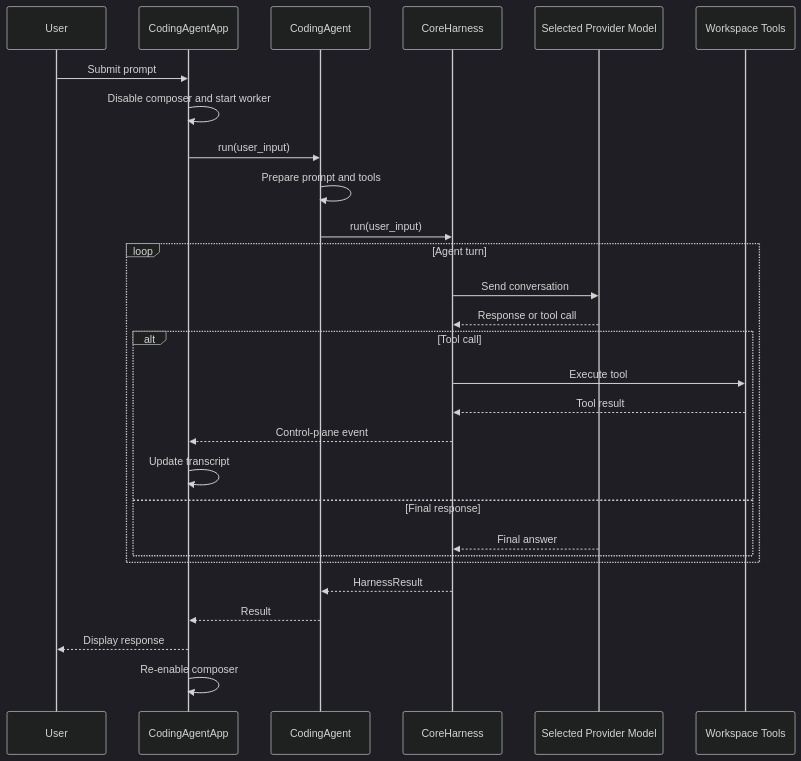
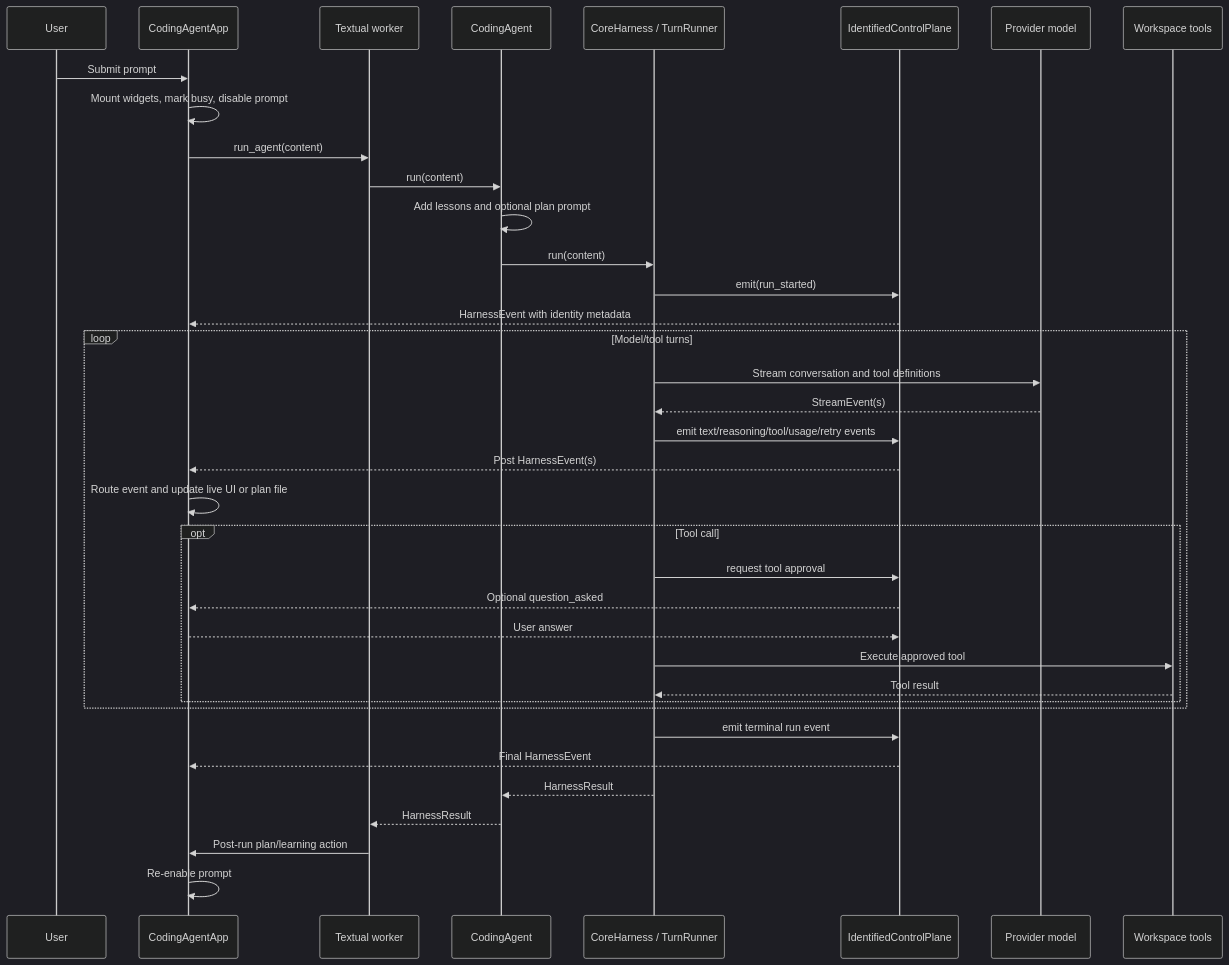
The second of 4 diagrams in coding_agent/TUI_ARCHITECTURE.md (Sarthakischauhan/symphony), drawn with Mermaid (dark theme) before and after one commit. The commit also changed other lines of this file and 21 other files, not shown here.

````diff
--- a/coding_agent/TUI_ARCHITECTURE.md
+++ b/coding_agent/TUI_ARCHITECTURE.md
@@ -82,34 +76,42 @@
 ```mermaid
 sequenceDiagram
     participant User
     participant TUI as CodingAgentApp
+    participant Worker as Textual worker
     participant Agent as CodingAgent
-    participant Harness as CoreHarness
-    participant Model as Selected Provider Model
-    participant Tools as Workspace Tools
+    participant Harness as CoreHarness / TurnRunner
+    participant Plane as IdentifiedControlPlane
+    participant Model as Provider model
+    participant Tools as Workspace tools
 
     User->>TUI: Submit prompt
-    TUI->>TUI: Disable composer and start worker
-    TUI->>Agent: run(user_input)
-    Agent->>Agent: Prepare prompt and tools
-    Agent->>Harness: run(user_input)
+    TUI->>TUI: Mount widgets, mark busy, disable prompt
+    TUI->>Worker: run_agent(content)
+    Worker->>Agent: run(content)
+    Agent->>Agent: Add lessons and optional plan prompt
+    Agent->>Harness: run(content)
+    Harness->>Plane: emit(run_started)
+    Plane-->>TUI: HarnessEvent with identity metadata
 
-    loop Agent turn
-        Harness->>Model: Send conversation
-        Model-->>Harness: Response or tool call
-
-        alt Tool call
-            Harness->>Tools: Execute tool
+    loop Model/tool turns
+        Harness->>Model: Stream conversation and tool definitions
+        Model-->>Harness: StreamEvent(s)
+        Harness->>Plane: emit text/reasoning/tool/usage/retry events
+        Plane-->>TUI: Post HarnessEvent(s)
+        TUI->>TUI: Route event and update live UI or plan file
+        opt Tool call
+            Harness->>Plane: request tool approval
+            Plane-->>TUI: Optional question_asked
+            TUI-->>Plane: User answer
+            Harness->>Tools: Execute approved tool
             Tools-->>Harness: Tool result
-            Harness-->>TUI: Control-plane event
-            TUI->>TUI: Update transcript
-        else Final response
-            Model-->>Harness: Final answer
         end
     end
 
+    Harness->>Plane: emit terminal run event
+    Plane-->>TUI: Final HarnessEvent
     Harness-->>Agent: HarnessResult
-    Agent-->>TUI: Result
-    TUI-->>User: Display response
-    TUI->>TUI: Re-enable composer
+    Agent-->>Worker: HarnessResult
+    Worker->>TUI: Post-run plan/learning action
+    TUI->>TUI: Re-enable prompt
 ```
````
